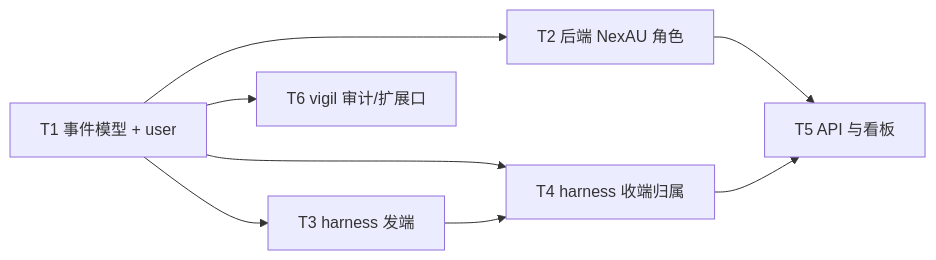
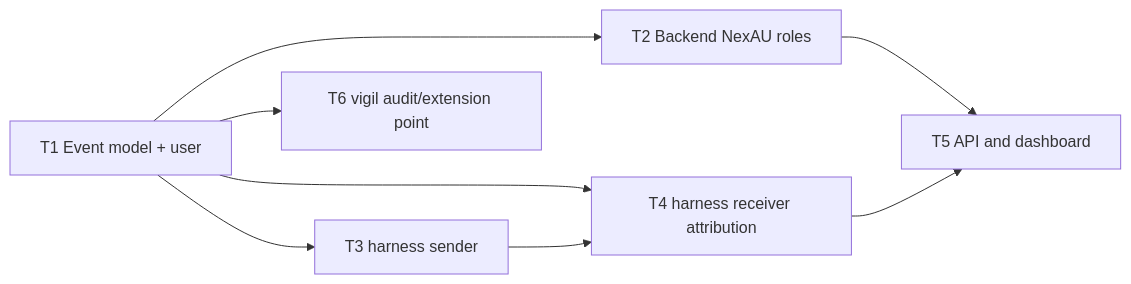
One commit to Curry09/AHE-Beta changed the diagram in docs/specs/0041-unified-llm-token-usage.md. Above: the diagram before and after it, drawn with Mermaid. The commit also changed other lines of this file and 531 other files, not shown here.

````diff
--- a/docs/specs/0041-unified-llm-token-usage.md
+++ b/docs/specs/0041-unified-llm-token-usage.md
@@ -355,16 +355,16 @@
 ```mermaid
 graph LR
-  T1[T1 事件模型 + user]
-  T2[T2 后端 NexAU 角色]
-  T3[T3 harness 发端]
-  T4[T4 harness 收端归属]
-  T5[T5 API 与看板]
-  T6[T6 vigil 审计/扩展口]
+  T1[T1 Event model + user]
+  T2[T2 Backend NexAU roles]
+  T3[T3 harness sender]
+  T4[T4 harness receiver attribution]
+  T5[T5 API and dashboard]
+  T6[T6 vigil audit/extension point]
   T1 --> T2
   T1 --> T3
   T1 --> T4
   T3 --> T4
   T1 --> T6
   T2 --> T5
   T4 --> T5
 ```
````
